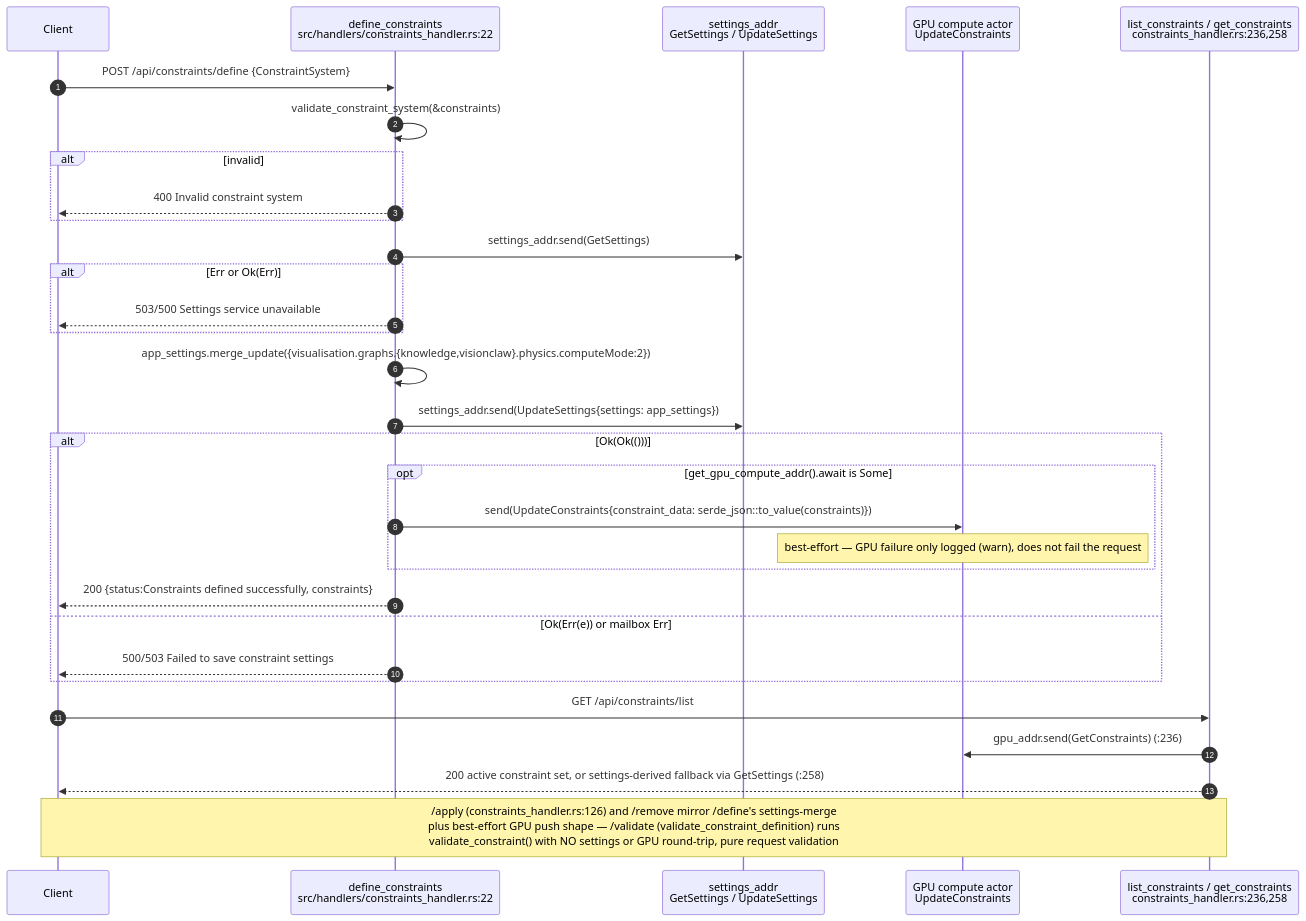
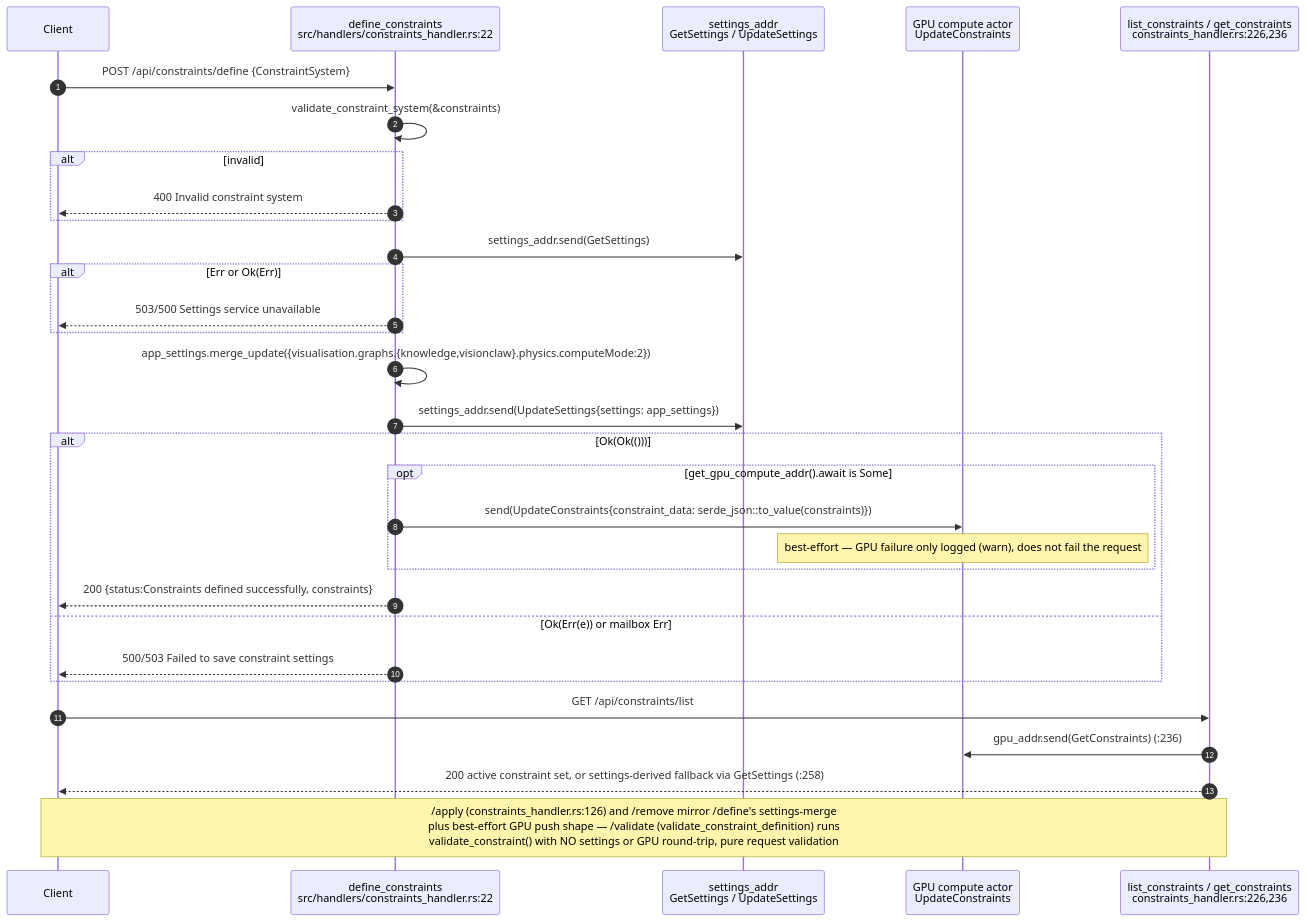
Before and after one commit to DreamLab-AI/AR-AI-Knowledge-Graph: the ninth of 29 diagrams in docs/diagrams/visionclaw/04-handlers-graph-and-state.md, drawn with Mermaid. The commit also changed other lines of this file and 36 other files, not shown here.

````diff
--- a/docs/diagrams/visionclaw/04-handlers-graph-and-state.md
+++ b/docs/diagrams/visionclaw/04-handlers-graph-and-state.md
@@ -456,34 +456,34 @@
 ```mermaid
 sequenceDiagram
     autonumber
     participant C as Client
     participant DC as define_constraints<br/>src/handlers/constraints_handler.rs:22
     participant SE as settings_addr<br/>GetSettings / UpdateSettings
     participant GPU as GPU compute actor<br/>UpdateConstraints
-    participant LC as list_constraints / get_constraints<br/>constraints_handler.rs:236,258
+    participant LC as list_constraints / get_constraints<br/>constraints_handler.rs:226,236
 
     C->>DC: POST /api/constraints/define {ConstraintSystem}
     DC->>DC: validate_constraint_system(&constraints)
     alt invalid
         DC-->>C: 400 Invalid constraint system
     end
     DC->>SE: settings_addr.send(GetSettings)
     alt Err or Ok(Err)
         DC-->>C: 503/500 Settings service unavailable
     end
     DC->>DC: app_settings.merge_update({visualisation.graphs.{knowledge,visionclaw}.physics.computeMode:2})
     DC->>SE: settings_addr.send(UpdateSettings{settings: app_settings})
     alt Ok(Ok(()))
         opt get_gpu_compute_addr().await is Some
             DC->>GPU: send(UpdateConstraints{constraint_data: serde_json::to_value(constraints)})
             Note over GPU: best-effort — GPU failure only logged (warn), does not fail the request
         end
         DC-->>C: 200 {status:Constraints defined successfully, constraints}
     else Ok(Err(e)) or mailbox Err
         DC-->>C: 500/503 Failed to save constraint settings
     end
     C->>LC: GET /api/constraints/list
     LC->>GPU: gpu_addr.send(GetConstraints) (:236)
     LC-->>C: 200 active constraint set, or settings-derived fallback via GetSettings (:258)
     Note over C,LC: /apply (constraints_handler.rs:126) and /remove mirror /define's settings-merge<br/>plus best-effort GPU push shape — /validate (validate_constraint_definition) runs<br/>validate_constraint() with NO settings or GPU round-trip, pure request validation
 ```
````
